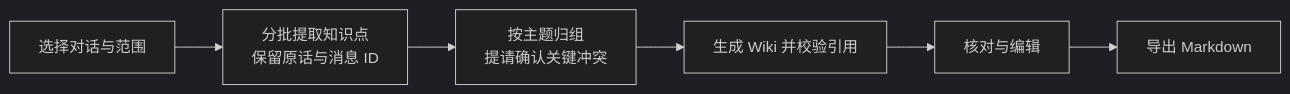
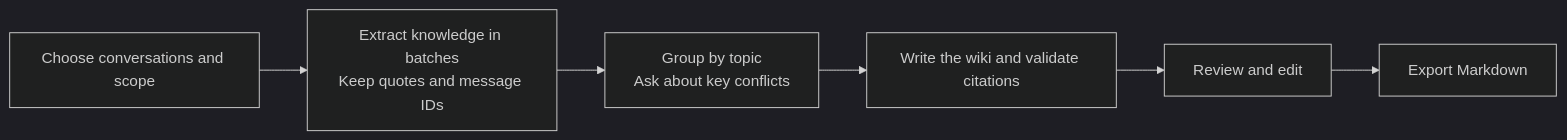
Before and after one commit to CNZHM666/ChatAtlas: the diagram in README.md, drawn with Mermaid (dark theme). The commit also changed other lines of this file and 16 other files, not shown here.

````diff
--- a/README.md
+++ b/README.md
@@ -86,8 +86,8 @@
 ```mermaid
 flowchart LR
-  A["选择对话与范围"] --> B["分批提取知识点<br/>保留原话与消息 ID"]
-  B --> C["按主题归组<br/>提请确认关键冲突"]
-  C --> D["生成 Wiki 并校验引用"]
-  D --> E["核对与编辑"]
-  E --> F["导出 Markdown"]
+  A["Choose conversations and scope"] --> B["Extract knowledge in batches<br/>Keep quotes and message IDs"]
+  B --> C["Group by topic<br/>Ask about key conflicts"]
+  C --> D["Write the wiki and validate citations"]
+  D --> E["Review and edit"]
+  E --> F["Export Markdown"]
 ```
````
